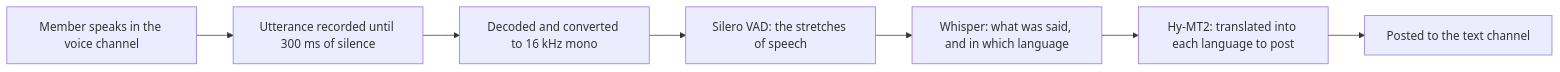
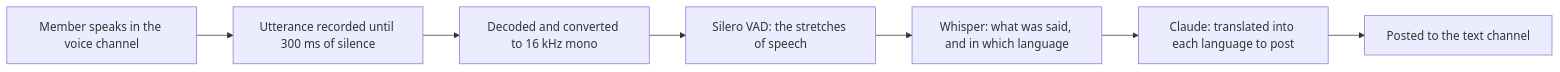
Before and after one commit to Fkinds/discord-aitranslate-bot: the diagram in README.md, drawn with Mermaid. The commit also changed other lines of this file and 1 other file, not shown here.

First line of the commit message:
docs: describe hearing with Whisper and translating with Claude

````diff
--- a/README.md
+++ b/README.md
@@ -250,9 +266,9 @@
 ```mermaid
 graph LR
     A[Member speaks in the voice channel] --> B[Utterance recorded until 300 ms of silence]
     B --> C[Decoded and converted to 16 kHz mono]
     C --> D[Silero VAD: the stretches of speech]
     D --> E[Whisper: what was said, and in which language]
-    E --> F[Hy-MT2: translated into each language to post]
+    E --> F[Claude: translated into each language to post]
     F --> G[Posted to the text channel]
 ```
````
